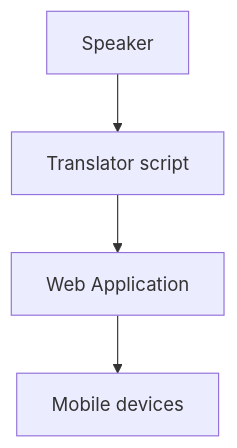
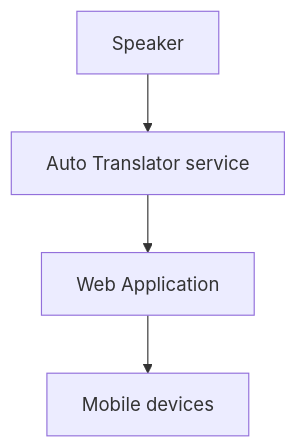
Before and after one commit to giubueno/live-translation: the first of 2 diagrams in README.md, drawn with Mermaid. The commit also changed other lines of this file, not shown here.

Commit message:
Update README.md (flow)

````diff
--- a/README.md
+++ b/README.md
@@ -6,6 +6,6 @@
 ```mermaid
   graph TD 
-    A[Speaker] --> B[Translator script] 
+    A[Speaker] --> B[Auto Translator service] 
     B --> C[Web Application] 
     C --> D[Mobile devices]
 ```
````
